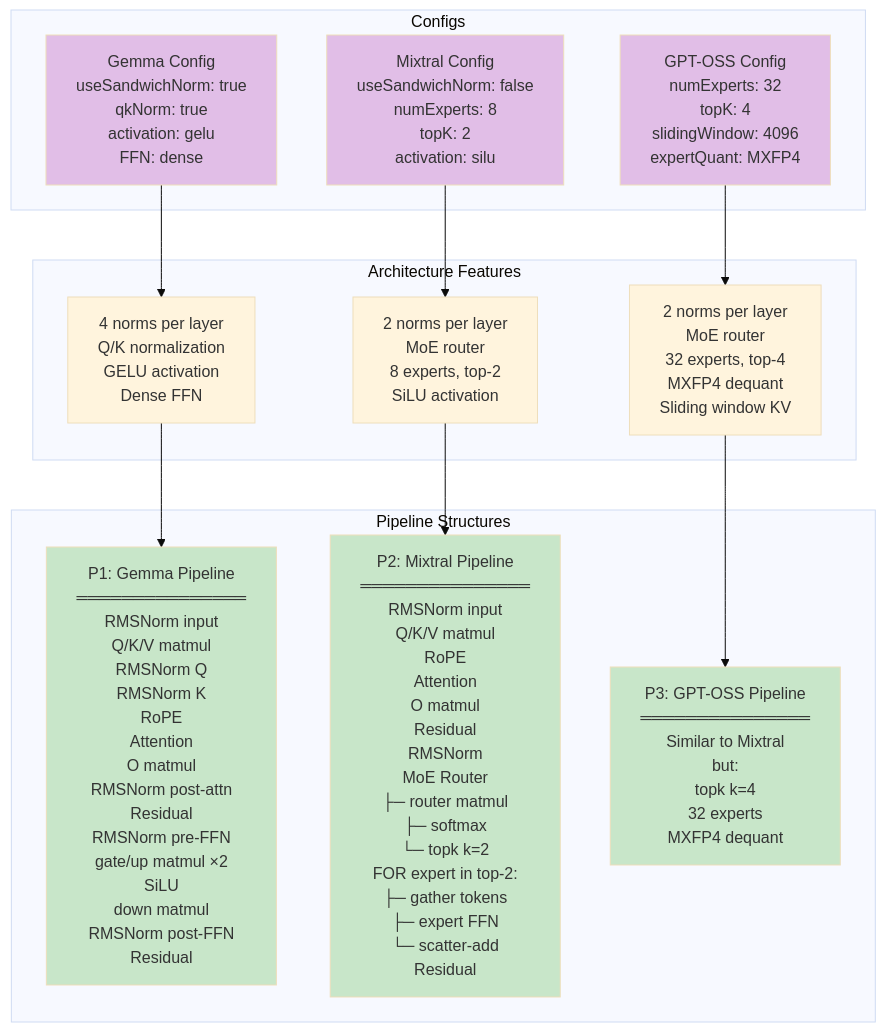
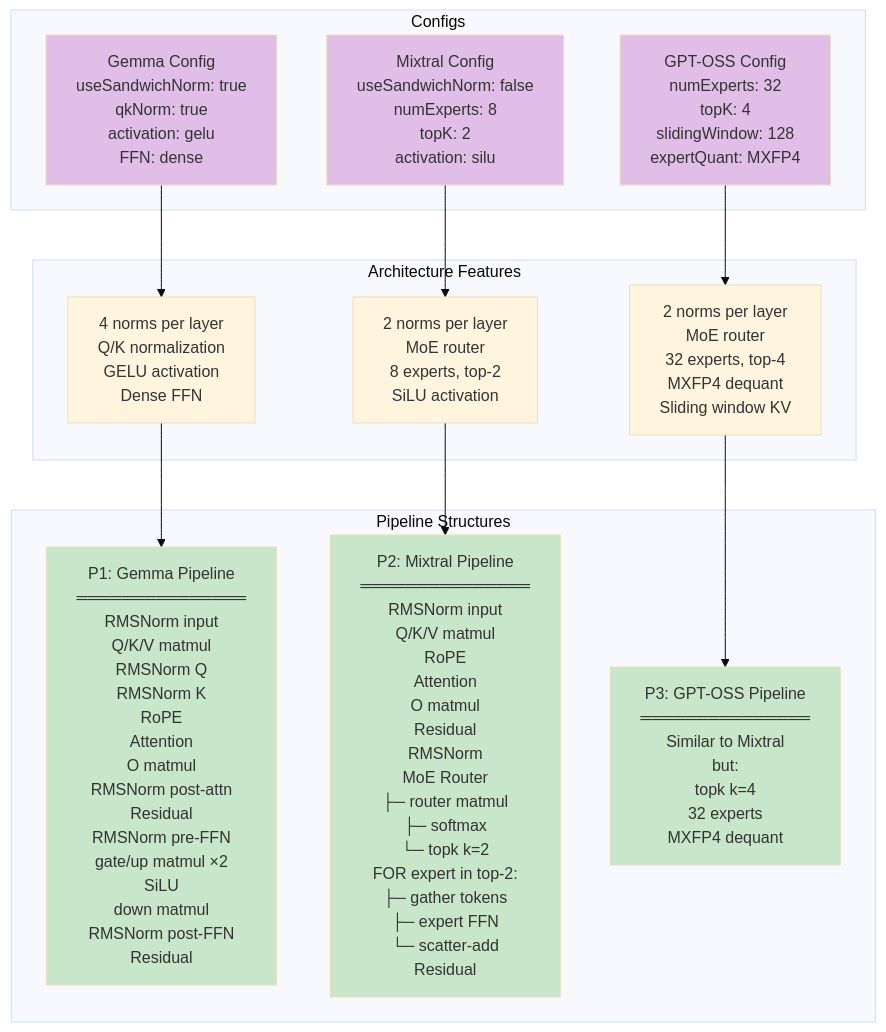
Before and after one commit to clocksmith/doppler: the fourth of 11 diagrams in docs/ARCHITECTURE.md, drawn with Mermaid (base theme). The commit also changed other lines of this file and 45 other files, not shown here.

````diff
--- a/docs/ARCHITECTURE.md
+++ b/docs/ARCHITECTURE.md
@@ -2472,31 +2496,31 @@
 ```mermaid
 graph TD
     subgraph Configs["Configs"]
         C1["Gemma Config<br/>useSandwichNorm: true<br/>qkNorm: true<br/>activation: gelu<br/>FFN: dense"]
         C2["Mixtral Config<br/>useSandwichNorm: false<br/>numExperts: 8<br/>topK: 2<br/>activation: silu"]
-        C3["GPT-OSS Config<br/>numExperts: 32<br/>topK: 4<br/>slidingWindow: 4096<br/>expertQuant: MXFP4"]
+        C3["GPT-OSS Config<br/>numExperts: 32<br/>topK: 4<br/>slidingWindow: 128<br/>expertQuant: MXFP4"]
     end
 
     subgraph Features["Architecture Features"]
         F1["4 norms per layer<br/>Q/K normalization<br/>GELU activation<br/>Dense FFN"]
         F2["2 norms per layer<br/>MoE router<br/>8 experts, top-2<br/>SiLU activation"]
         F3["2 norms per layer<br/>MoE router<br/>32 experts, top-4<br/>MXFP4 dequant<br/>Sliding window KV"]
     end
 
     subgraph Pipelines["Pipeline Structures"]
         P1["P1: Gemma Pipeline<br/>═══════════════<br/>RMSNorm input<br/>Q/K/V matmul<br/>RMSNorm Q<br/>RMSNorm K<br/>RoPE<br/>Attention<br/>O matmul<br/>RMSNorm post-attn<br/>Residual<br/>RMSNorm pre-FFN<br/>gate/up matmul ×2<br/>SiLU<br/>down matmul<br/>RMSNorm post-FFN<br/>Residual"]
         P2["P2: Mixtral Pipeline<br/>═══════════════<br/>RMSNorm input<br/>Q/K/V matmul<br/>RoPE<br/>Attention<br/>O matmul<br/>Residual<br/>RMSNorm<br/>MoE Router<br/>├─ router matmul<br/>├─ softmax<br/>└─ topk k=2<br/>FOR expert in top-2:<br/>├─ gather tokens<br/>├─ expert FFN<br/>└─ scatter-add<br/>Residual"]
         P3["P3: GPT-OSS Pipeline<br/>═══════════════<br/>Similar to Mixtral<br/>but:<br/>topk k=4<br/>32 experts<br/>MXFP4 dequant"]
     end
 
     C1 --> F1 --> P1
     C2 --> F2 --> P2
     C3 --> F3 --> P3
 
     style C1 fill:#e1bee7
     style C2 fill:#e1bee7
     style C3 fill:#e1bee7
     style P1 fill:#c8e6c9
     style P2 fill:#c8e6c9
     style P3 fill:#c8e6c9
 ```
````
